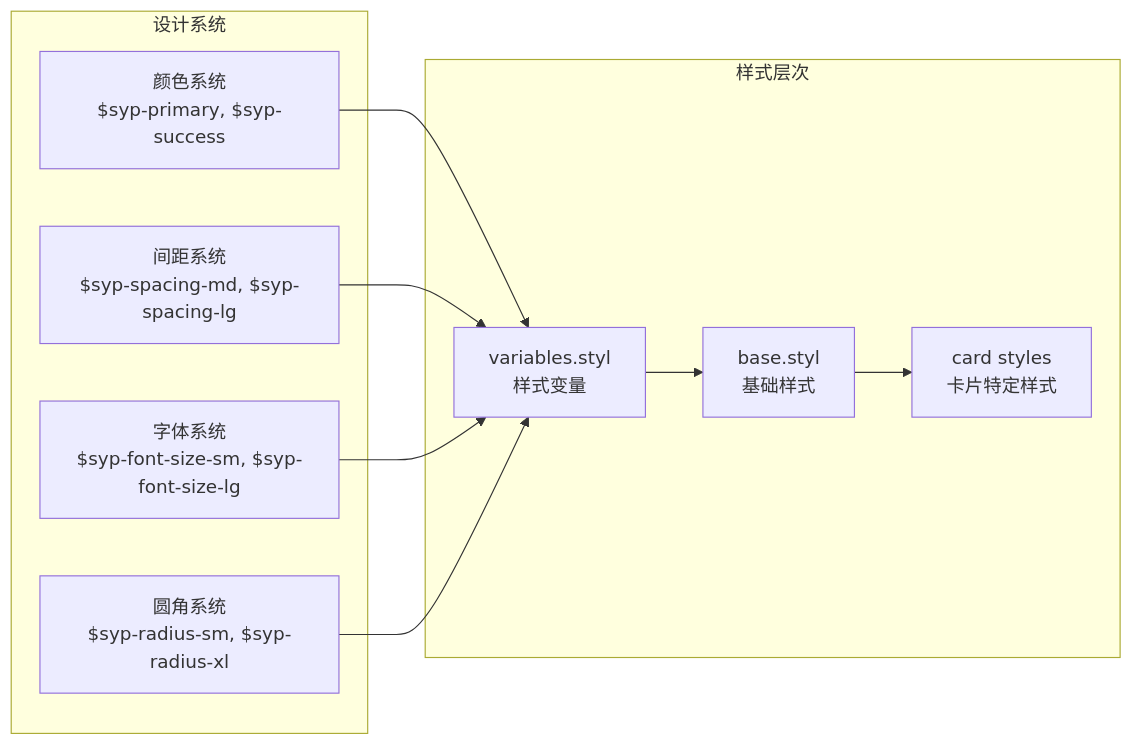
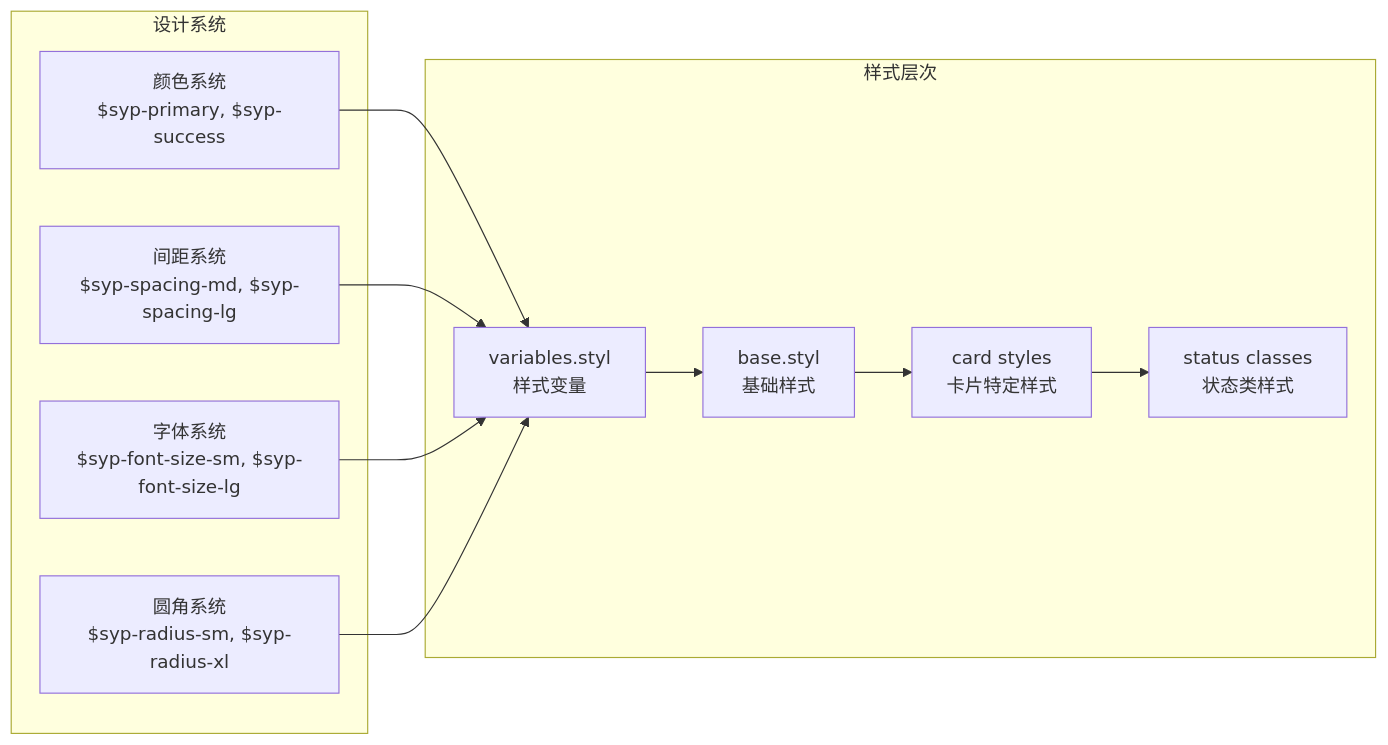
One commit to terwer/siyuan-plugin-publisher changed the seventh of 11 diagrams in .qoder/repowiki/zh/content/用户界面组件/发布组件/V2 平台卡片组件.md. Above: the diagram before and after it, drawn with Mermaid. The commit also changed other lines of this file and 4 other files, not shown here.

````diff
--- a/.qoder/repowiki/zh/content/用户界面组件/发布组件/V2 平台卡片组件.md
+++ b/.qoder/repowiki/zh/content/用户界面组件/发布组件/V2 平台卡片组件.md
@@ -314,20 +338,22 @@
 ```mermaid
 graph LR
 subgraph "样式层次"
 Variables[variables.styl<br/>样式变量]
 Base[base.styl<br/>基础样式]
 Card[card styles<br/>卡片特定样式]
+Status[status classes<br/>状态类样式]
 end
 subgraph "设计系统"
 Colors[颜色系统<br/>$syp-primary, $syp-success]
 Spacing[间距系统<br/>$syp-spacing-md, $syp-spacing-lg]
 Typography[字体系统<br/>$syp-font-size-sm, $syp-font-size-lg]
 Radius[圆角系统<br/>$syp-radius-sm, $syp-radius-xl]
 end
 Variables --> Base
 Base --> Card
+Card --> Status
 Colors --> Variables
 Spacing --> Variables
 Typography --> Variables
 Radius --> Variables
 ```
````
